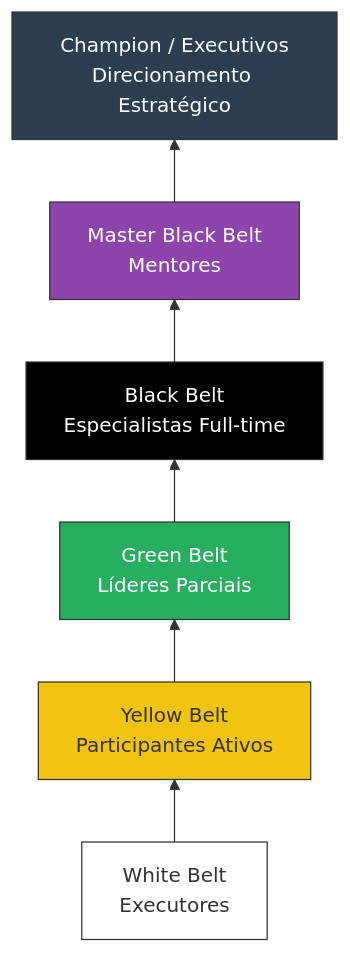
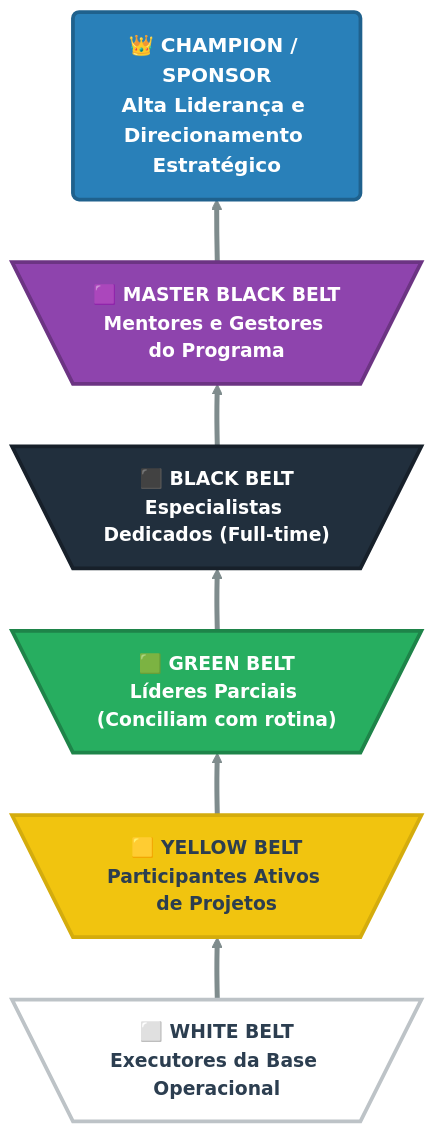
Before and after one commit to rafasfer2/MiningAnalyticsBook: the third of 10 diagrams in chapters/cap2-modelos-gestao.qmd, drawn with Mermaid. The commit also changed other lines of this file and 110 other files, not shown here.

````diff
--- a/chapters/cap2-modelos-gestao.qmd
+++ b/chapters/cap2-modelos-gestao.qmd
@@ -391,17 +411,39 @@
 ```{mermaid}
 %%| label: fig-piramide-belts
-%%| fig-cap: "Pirâmide de Belts - Hierarquia do Seis Sigma"
-graph BT
-   W[White Belt<br/>Executores] --> Y[Yellow Belt<br/>Participantes Ativos]
-   Y --> G[Green Belt<br/>Líderes Parciais]
-   G --> B[Black Belt<br/>Especialistas Full-time]
-   B --> M[Master Black Belt<br/>Mentores]
-   M --> C[Champion / Executivos<br/>Direcionamento Estratégico]
+%%| fig-cap: "Estrutura Organizacional - Hierarquia de Belts no Seis Sigma"
+flowchart BT
 
-   style C fill:#2c3e50,stroke:#333,color:#fff
-   style M fill:#8e44ad,stroke:#333,color:#fff
-   style B fill:#000000,stroke:#333,color:#fff
-   style G fill:#27ae60,stroke:#333,color:#fff
-   style Y fill:#f1c40f,stroke:#333
-   style W fill:#ffffff,stroke:#333
+    %% --- CONFIGURAÇÃO DE ESTILOS (Cores reais e letras grandes) ---
+    classDef white fill:#ffffff,stroke:#bdc3c7,stroke-width:3px,color:#2c3e50,font-size:15px,font-weight:bold
+    classDef yellow fill:#f1c40f,stroke:#d4ac0d,stroke-width:3px,color:#2c3e50,font-size:15px,font-weight:bold
+    classDef green fill:#27ae60,stroke:#1e8449,stroke-width:3px,color:#ffffff,font-size:15px,font-weight:bold
+    classDef black fill:#212f3d,stroke:#17202a,stroke-width:3px,color:#ffffff,font-size:15px,font-weight:bold
+    classDef master fill:#8e44ad,stroke:#6c3483,stroke-width:3px,color:#ffffff,font-size:15px,font-weight:bold
+    classDef champion fill:#2980b9,stroke:#1f618d,stroke-width:3px,color:#ffffff,font-size:16px,font-weight:bold
+
+    %% --- ESTRUTURA DOS NÓS (Base para o Topo) ---
+    W[\"⬜ WHITE BELT<br>Executores da Base Operacional"/]
+    Y[\"🟨 YELLOW BELT<br>Participantes Ativos de Projetos"/]
+    G[\"🟩 GREEN BELT<br>Líderes Parciais (Conciliam com rotina)"/]
+    B[\"⬛ BLACK BELT<br>Especialistas Dedicados (Full-time)"/]
+    M[\"🟪 MASTER BLACK BELT<br>Mentores e Gestores do Programa"/]
+    C("👑 CHAMPION / SPONSOR<br>Alta Liderança e Direcionamento Estratégico")
+
+    %% --- CONEXÕES (Ascensão) ---
+    W ==> Y
+    Y ==> G
+    G ==> B
+    B ==> M
+    M ==> C
+
+    %% Engrossando as linhas de promoção
+    linkStyle default stroke:#7f8c8d,stroke-width:4px
+
+    %% --- APLICAÇÃO DOS ESTILOS ---
+    class W white;
+    class Y yellow;
+    class G green;
+    class B black;
+    class M master;
+    class C champion;
 ```
````
